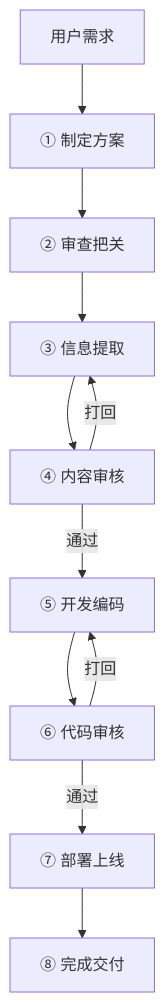
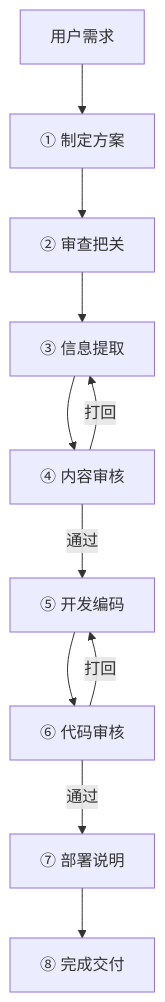
The diagram in win/README.md (Hank-create519/Hank-Agent-Team), drawn with Mermaid before and after one commit. The commit also changed other lines of this file, not shown here.

````diff
--- a/win/README.md
+++ b/win/README.md
@@ -68,13 +68,13 @@
 ```mermaid
 graph TD
     A[用户需求] --> B[① 制定方案]
     B --> C[② 审查把关]
     C --> D[③ 信息提取]
     D --> E[④ 内容审核]
     E -->|打回| D
     E -->|通过| F[⑤ 开发编码]
     F --> G[⑥ 代码审核]
     G -->|打回| F
-    G -->|通过| H[⑦ 部署上线]
+    G -->|通过| H[⑦ 部署说明]
     H --> I[⑧ 完成交付]
 ```
````
